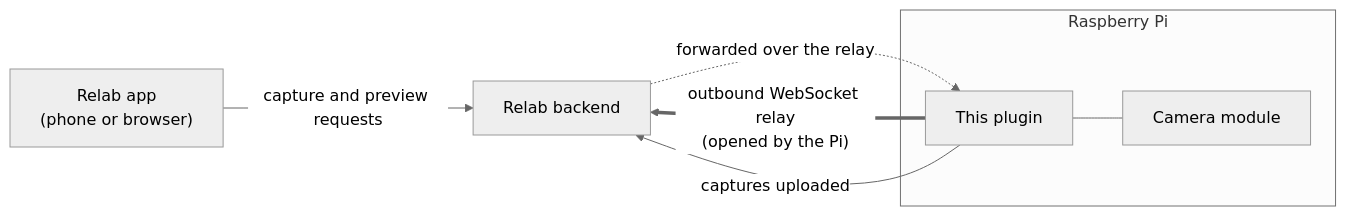
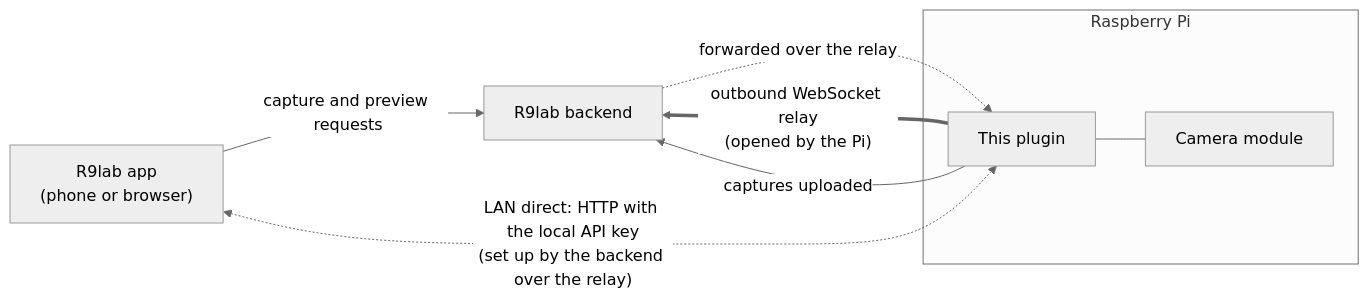
One commit to CMLPlatform/relab-rpi-cam-plugin changed the diagram in README.md. Above: the diagram before and after it, drawn with Mermaid (neutral theme). The commit also changed other lines of this file, not shown here.

First line of the commit message:
docs(readme): show LAN direct mode in the connection diagram (#50)

````diff
--- a/README.md
+++ b/README.md
@@ -33,15 +33,16 @@
 ```mermaid
 flowchart LR
-    app["Relab app<br/>(phone or browser)"]
-    backend["Relab backend"]
+    app["R9lab app<br/>(phone or browser)"]
+    backend["R9lab backend"]
     subgraph station["Raspberry Pi"]
         plugin["This plugin"]
         camera["Camera module"]
     end
 
     plugin == "outbound WebSocket relay<br/>(opened by the Pi)" ==> backend
     app -- "capture and preview requests" --> backend
     backend -. "forwarded over the relay" .-> plugin
     plugin --- camera
     plugin -- "captures uploaded" --> backend
+    app <-.->|"LAN direct: HTTP with the local API key<br/>(set up by the backend over the relay)"| plugin
 ```
````
